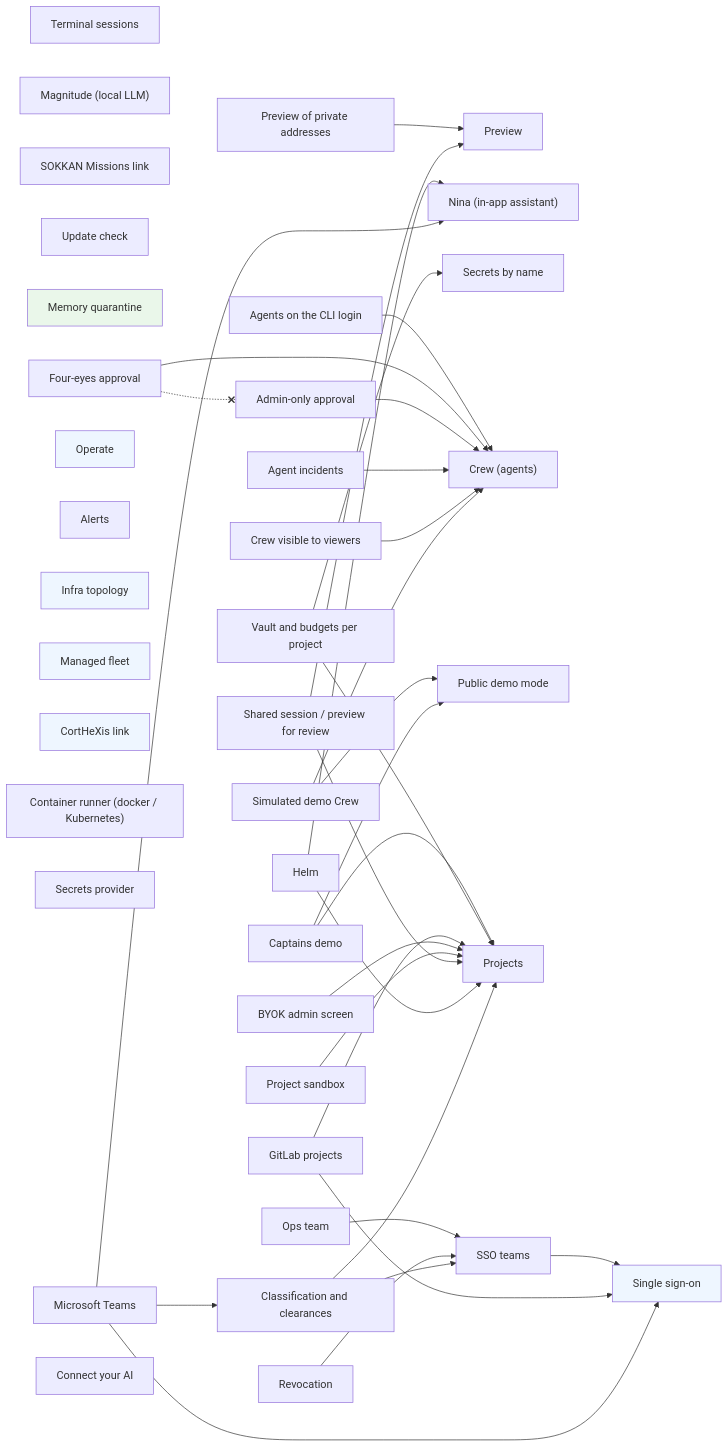
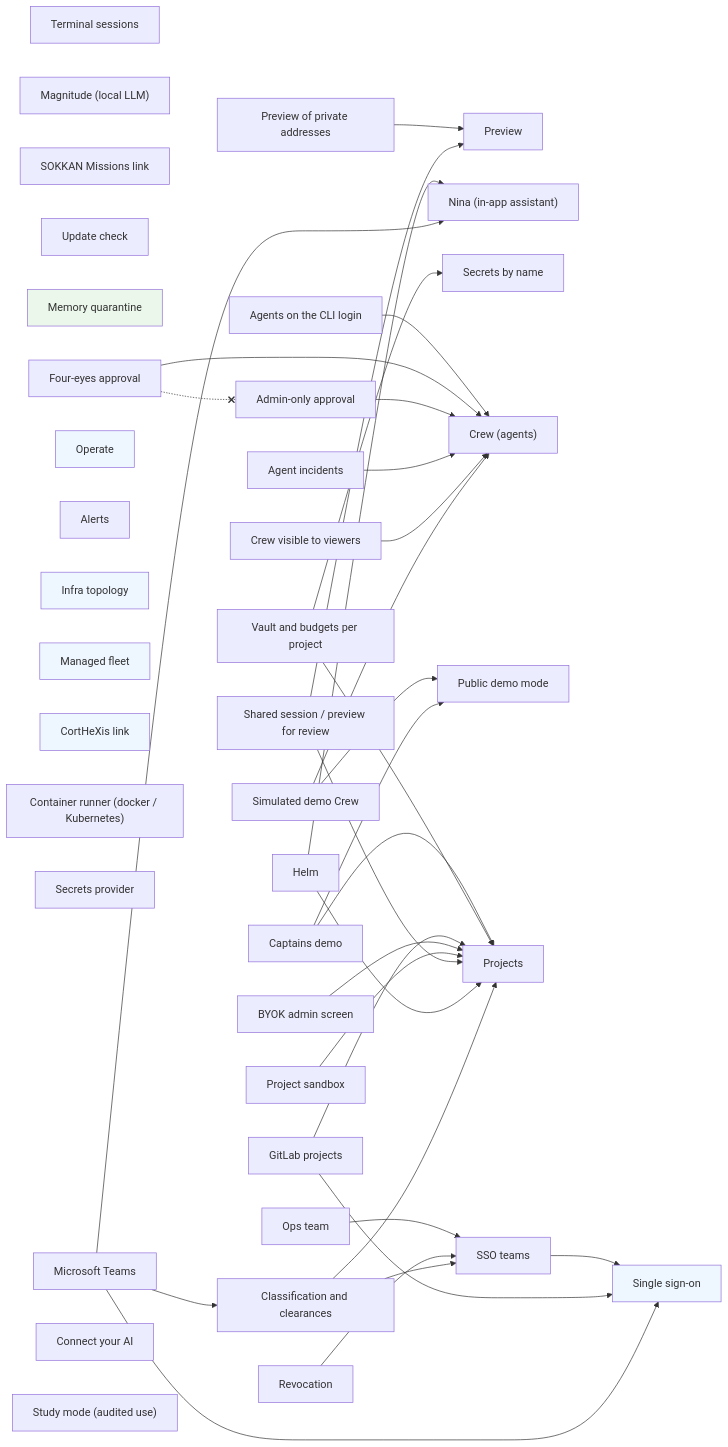
One commit to ninabot-ch/sokkan changed the diagram in docs/enterprise/FEATURES.md. Above: the diagram before and after it, drawn with Mermaid. The commit also changed other lines of this file and 15 other files, not shown here.

````diff
--- a/docs/enterprise/FEATURES.md
+++ b/docs/enterprise/FEATURES.md
@@ -63,76 +64,77 @@
 ```mermaid
 graph LR
   tmux["Terminal sessions"]
   preview["Preview"]
   preview_private_targets["Preview of private addresses"]
   magnitude["Magnitude (local LLM)"]
   assistant["Nina (in-app assistant)"]
   missions_link["SOKKAN Missions link"]
   update_check["Update check"]
   named_secrets["Secrets by name"]
   memory_quarantine["Memory quarantine"]
   agents["Crew (agents)"]
   agents_cli_login["Agents on the CLI login"]
   four_eyes["Four-eyes approval"]
   admin_approval["Admin-only approval"]
   agent_incidents["Agent incidents"]
   crew_viewer_readonly["Crew visible to viewers"]
   demo_banner["Public demo mode"]
   demo_crew["Simulated demo Crew"]
   demo_captains["Captains demo"]
   sso["Single sign-on"]
   multi_project["Projects"]
   sso_teams["SSO teams"]
   operate["Operate"]
   alerting["Alerts"]
   ops_team["Ops team"]
   infra["Infra topology"]
   fleet["Managed fleet"]
   cortex["CortHeXis link"]
   kubernetes_runner["Container runner (docker / Kubernetes)"]
   project_vault_budgets["Vault and budgets per project"]
   gitlab["GitLab projects"]
   revocation["Revocation"]
   byok_admin["BYOK admin screen"]
   secrets_provider["Secrets provider"]
   sandbox["Project sandbox"]
   shared_review["Shared session / preview for review"]
   helm["Helm"]
   classification["Classification and clearances"]
   teams["Microsoft Teams"]
   connect_ai["Connect your AI"]
+  study_mode["Study mode (audited use)"]
   preview_private_targets --> preview
   agents_cli_login --> agents
   four_eyes --> agents
   admin_approval --> agents
   agent_incidents --> agents
   crew_viewer_readonly --> agents
   demo_crew --> agents
   demo_crew --> demo_banner
   demo_captains --> demo_banner
   demo_captains --> multi_project
   sso_teams --> sso
   ops_team --> sso_teams
   project_vault_budgets --> multi_project
   project_vault_budgets --> named_secrets
   gitlab --> multi_project
   gitlab --> sso
   revocation --> sso_teams
   byok_admin --> multi_project
   sandbox --> multi_project
   shared_review --> preview
   shared_review --> multi_project
   helm --> multi_project
   helm --> assistant
   classification --> multi_project
   classification --> sso_teams
   teams --> assistant
   teams --> classification
   teams --> sso
   four_eyes -.-x admin_approval
   classDef planned stroke-dasharray: 5 5,color:#888;
   classDef integration fill:#eef6ff;
   classDef invariant fill:#eaf7ea;
   class sso,operate,infra,fleet,cortex integration;
   class memory_quarantine invariant;
 ```
````
